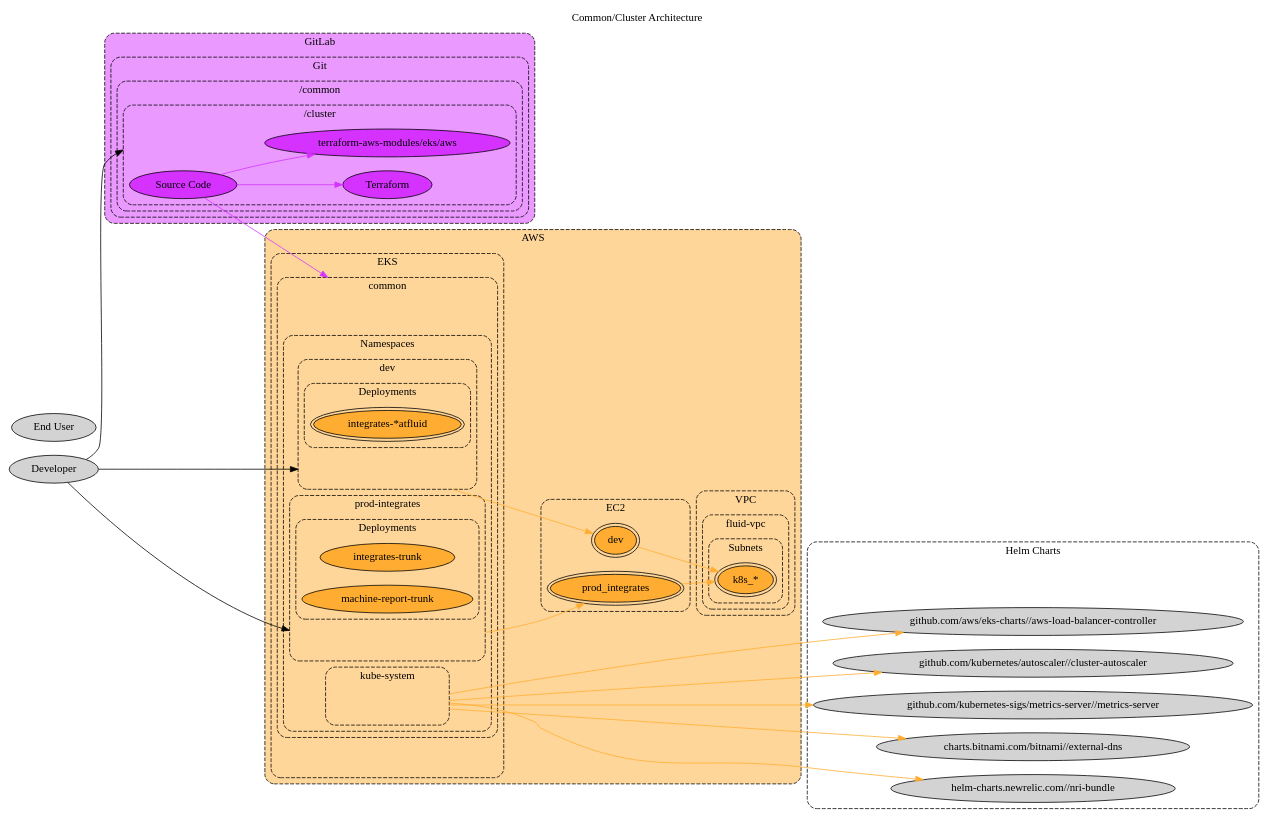
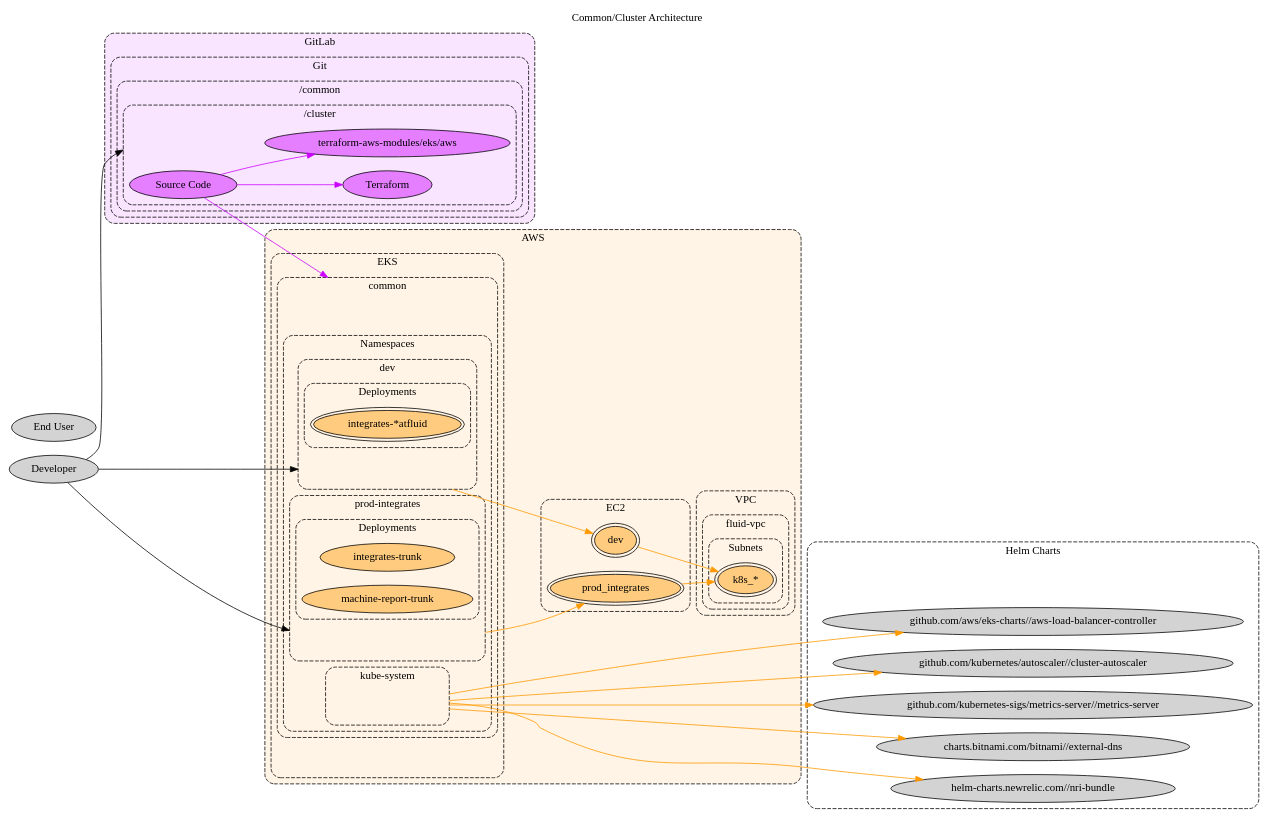
One commit to jeanbaptistemora/fluidattacks-universe2 changed the diagram in docs/src/docs/development/products/common-cluster-arch.dot. Above: the diagram before and after it, drawn with Graphviz. The commit also changed 5 other files, not shown here.

```diff
--- a/docs/src/docs/development/products/common-cluster-arch.dot
+++ b/docs/src/docs/development/products/common-cluster-arch.dot
@@ -1,161 +1,161 @@
 // SPDX-FileCopyrightText: 2022 Fluid Attacks <development@fluidattacks.com>
 //
 // SPDX-License-Identifier: MPL-2.0
 
 digraph common {
   label="Common/Cluster Architecture"
   labelloc="t"
   compound="true"
   // concentrate="true"
   rankdir="LR"
   scale="scalexy"
 
   node[style="filled"]
   graph[style="dashed,rounded"]
 
   subgraph cluster_aws {
     label="AWS"
-    bgcolor="0.1 0.4 1.0"
-    node[fillcolor="0.1 0.8 1.0"]
+    bgcolor="0.1 0.1 1.0"
+    node[fillcolor="0.1 0.5 1.0"]
 
     subgraph cluster_aws_ec2 {
       label="EC2"
 
       aws_ec2_dev[label="dev" peripheries="2"]
       aws_ec2_prod_integrates[label="prod_integrates" peripheries="2"]
     }
 
     subgraph cluster_aws_eks {
       label="EKS"
 
       cluster_aws_eks[label="" style="invis"]
 
       subgraph cluster_aws_eks_common {
         label="common"
 
         cluster_aws_eks_common[label="" style="invis"]
 
         subgraph cluster_aws_eks_common_worker_groups {
           label="Worker Groups"
         }
 
         subgraph cluster_aws_eks_common_namespaces {
           label="Namespaces"
 
           subgraph cluster_aws_eks_common_namespaces_dev {
             label="dev"
 
             cluster_aws_eks_common_namespaces_dev[label="" style="invis"]
 
             subgraph cluster_aws_eks_common_namespaces_dev_deployments {
               label="Deployments"
 
               aws_eks_common_namespaces_dev_deployments_integrates_atfluid[label="integrates-*atfluid" peripheries="2"]
             }
           }
 
           subgraph cluster_aws_eks_common_namespaces_kube_system {
             label="kube-system"
 
             cluster_aws_eks_common_namespaces_kube_system[label="" style="invis" width="2.0"]
           }
 
           subgraph cluster_aws_eks_common_namespaces_prod_integrates {
             label="prod-integrates"
             cluster_aws_eks_common_namespaces_prod_integrates[label="" style="invis"]
 
             subgraph cluster_aws_eks_common_namespaces_prod_integrates_deployments {
               label="Deployments"
 
               aws_eks_common_namespaces_prod_integrates_deployments_integrates_trunk[label="integrates-trunk"]
               aws_eks_common_namespaces_prod_integrates_deployments_machine_report_trunk[label="machine-report-trunk"]
             }
           }
         }
       }
     }
 
     subgraph cluster_aws_vpc {
       label="VPC"
 
       subgraph cluster_aws_vpc_fluid_vpc {
         label="fluid-vpc"
 
         subgraph cluster_aws_vpc_fluid_vpc_subnets {
           label="Subnets"
 
           cluster_aws_vpc_fluid_vpc_subnets_k8s[label="k8s_*", peripheries="2"]
         }
       }
     }
   }
 
   subgraph cluster_cloudflare {
     label="Cloudflare"
-    bgcolor="0.6 0.4 1.0"
-    node[fillcolor="0.6 0.8 1.0"]
+    bgcolor="0.6 0.1 1.0"
+    node[fillcolor="0.6 0.5 1.0"]
   }
 
   subgraph cluster_gitlab {
     label="GitLab"
-    bgcolor="0.8 0.4 1.0"
-    node[fillcolor="0.8 0.8 1.0"]
+    bgcolor="0.8 0.1 1.0"
+    node[fillcolor="0.8 0.5 1.0"]
 
     subgraph cluster_gitlab_git {
       label="Git"
 
       subgraph cluster_gitlab_git_common {
         label="/common"
 
         subgraph cluster_gitlab_git_common_cluster {
           label="/cluster"
 
           cluster_gitlab_git_common_cluster[label="" style="invis"]
           gitlab_git_common_cluster[label="Source Code"]
           gitlab_git_common_cluster_terraform[label="Terraform"]
           gitlab_git_common_cluster_terraform_terraform_aws_modules_eks_aws[label="terraform-aws-modules/eks/aws"]
         }
       }
     }
   }
 
   subgraph cluster_helm {
     label="Helm Charts"
 
     cluster_helm[label="" style="invis"]
     helm_aws_load_balancer_controller[label="github.com/aws/eks-charts//aws-load-balancer-controller"]
     helm_cluster_autoscaler[label="github.com/kubernetes/autoscaler//cluster-autoscaler"]
     helm_metrics_server[label="github.com/kubernetes-sigs/metrics-server//metrics-server"]
     helm_external_dns[label="charts.bitnami.com/bitnami//external-dns"]
     helm_nri_bundle[label="helm-charts.newrelic.com//nri-bundle"]
   }
 
   cluster_aws_vpc_fluid_vpc_subnets_k8s -> cluster_helm[style="invis"]
 
-  edge[color="0.1 0.8 1.0"]
+  edge[color="0.1 1.0 1.0"]
   aws_ec2_dev -> cluster_aws_vpc_fluid_vpc_subnets_k8s[]
   aws_ec2_prod_integrates -> cluster_aws_vpc_fluid_vpc_subnets_k8s[]
   cluster_aws_eks_common_namespaces_dev -> aws_ec2_dev[ltail="cluster_aws_eks_common_namespaces_dev"]
   cluster_aws_eks_common_namespaces_kube_system -> helm_aws_load_balancer_controller[ltail="cluster_aws_eks_common_namespaces_kube_system"]
   cluster_aws_eks_common_namespaces_kube_system -> helm_cluster_autoscaler[ltail="cluster_aws_eks_common_namespaces_kube_system"]
   cluster_aws_eks_common_namespaces_kube_system -> helm_metrics_server[ltail="cluster_aws_eks_common_namespaces_kube_system"]
   cluster_aws_eks_common_namespaces_kube_system -> helm_external_dns[ltail="cluster_aws_eks_common_namespaces_kube_system"]
   cluster_aws_eks_common_namespaces_kube_system -> helm_nri_bundle[ltail="cluster_aws_eks_common_namespaces_kube_system"]
   cluster_aws_eks_common_namespaces_prod_integrates -> aws_ec2_prod_integrates[ltail="cluster_aws_eks_common_namespaces_prod_integrates"]
 
-  edge[color="0.6 0.8 1.0"]
+  edge[color="0.6 1.0 1.0"]
 
-  edge[color="0.8 0.8 1.0"]
+  edge[color="0.8 1.0 1.0"]
   gitlab_git_common_cluster -> cluster_aws_eks_common[lhead="cluster_aws_eks_common"]
   gitlab_git_common_cluster -> gitlab_git_common_cluster_terraform[]
   gitlab_git_common_cluster -> gitlab_git_common_cluster_terraform_terraform_aws_modules_eks_aws[]
 
   node[fillcolor="/x11/lightgray"]
   customer[label="End User"]
   developer[label="Developer"]
 
   edge[color="/x11/black"]
   developer -> cluster_aws_eks_common_namespaces_dev[lhead="cluster_aws_eks_common_namespaces_dev"]
   developer -> cluster_aws_eks_common_namespaces_prod_integrates[lhead="cluster_aws_eks_common_namespaces_prod_integrates"]
   developer -> cluster_gitlab_git_common_cluster[lhead="cluster_gitlab_git_common_cluster"]
 }
```
